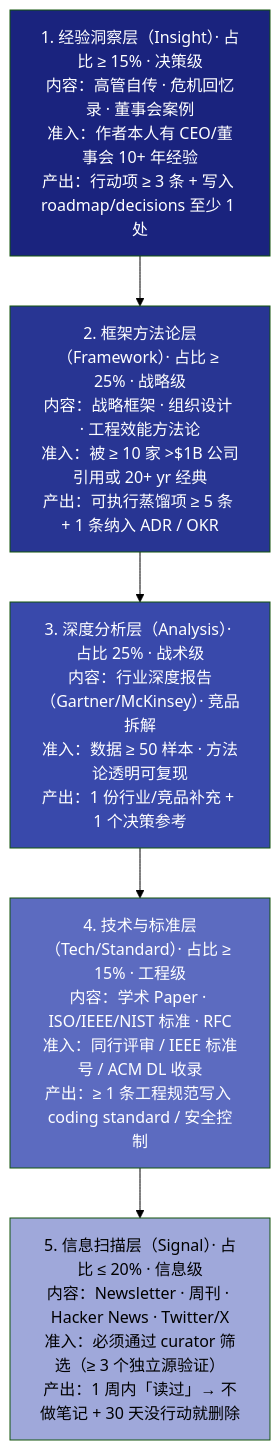
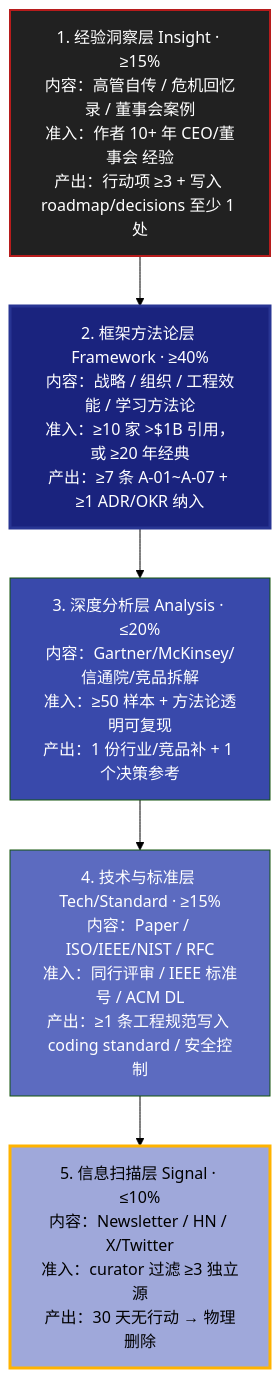
One commit to effiy/YrY changed the first of 3 diagrams in YiKnowledge/executive/reading-list/README.md. Above: the diagram before and after it, drawn with Mermaid (forest theme). The commit also changed other lines of this file and 143 other files, not shown here.

````diff
--- a/YiKnowledge/executive/reading-list/README.md
+++ b/YiKnowledge/executive/reading-list/README.md
@@ -74,15 +111,15 @@
 ```mermaid
 flowchart TD
-    L1[1. 经验洞察层（Insight）· 占比 ≥ 15% · 决策级<br/>内容：高管自传 · 危机回忆录 · 董事会案例<br/>准入：作者本人有 CEO/董事会 10+ 年经验<br/>产出：行动项 ≥ 3 条 + 写入 roadmap/decisions 至少 1 处]
-    L2[2. 框架方法论层（Framework）· 占比 ≥ 25% · 战略级<br/>内容：战略框架 · 组织设计 · 工程效能方法论<br/>准入：被 ≥ 10 家 >$1B 公司引用或 20+ yr 经典<br/>产出：可执行蒸馏项 ≥ 5 条 + 1 条纳入 ADR / OKR]
-    L3[3. 深度分析层（Analysis）· 占比 25% · 战术级<br/>内容：行业深度报告（Gartner/McKinsey）· 竞品拆解<br/>准入：数据 ≥ 50 样本 · 方法论透明可复现<br/>产出：1 份行业/竞品补充 + 1 个决策参考]
-    L4[4. 技术与标准层（Tech/Standard）· 占比 ≥ 15% · 工程级<br/>内容：学术 Paper · ISO/IEEE/NIST 标准 · RFC<br/>准入：同行评审 / IEEE 标准号 / ACM DL 收录<br/>产出：≥ 1 条工程规范写入 coding standard / 安全控制]
-    L5[5. 信息扫描层（Signal）· 占比 ≤ 20% · 信息级<br/>内容：Newsletter · 周刊 · Hacker News · Twitter/X<br/>准入：必须通过 curator 筛选（≥ 3 个独立源验证）<br/>产出：1 周内「读过」→ 不做笔记 + 30 天没行动就删除]
+    L1[1. 经验洞察层 Insight · ≥15%<br/>内容：高管自传 / 危机回忆录 / 董事会案例<br/>准入：作者 10+ 年 CEO/董事会 经验<br/>产出：行动项 ≥3 + 写入 roadmap/decisions 至少 1 处]
+    L2[2. 框架方法论层 Framework · ≥40%<br/>内容：战略 / 组织 / 工程效能 / 学习方法论<br/>准入：≥10 家 >$1B 引用，或 ≥20 年经典<br/>产出：≥7 条 A-01~A-07 + ≥1 ADR/OKR 纳入]
+    L3[3. 深度分析层 Analysis · ≤20%<br/>内容：Gartner/McKinsey/信通院/竞品拆解<br/>准入：≥50 样本 + 方法论透明可复现<br/>产出：1 份行业/竞品补 + 1 个决策参考]
+    L4[4. 技术与标准层 Tech/Standard · ≥15%<br/>内容：Paper / ISO/IEEE/NIST / RFC<br/>准入：同行评审 / IEEE 标准号 / ACM DL<br/>产出：≥1 条工程规范写入 coding standard / 安全控制]
+    L5[5. 信息扫描层 Signal · ≤10%<br/>内容：Newsletter / HN / X/Twitter<br/>准入：curator 过滤 ≥3 独立源<br/>产出：30 天无行动 → 物理删除]
 
     L1 --> L2 --> L3 --> L4 --> L5
-    style L1 fill:#1a237e,color:#fff
-    style L2 fill:#283593,color:#fff
+    style L1 fill:#212121,color:#fff,stroke:#b71c1c,stroke-width:2px
+    style L2 fill:#1a237e,color:#fff,stroke:#283593,stroke-width:3px
     style L3 fill:#3949ab,color:#fff
     style L4 fill:#5c6bc0,color:#fff
-    style L5 fill:#9fa8da
+    style L5 fill:#9fa8da,color:#000,stroke:#ffb300,stroke-width:3px
 ```
````
